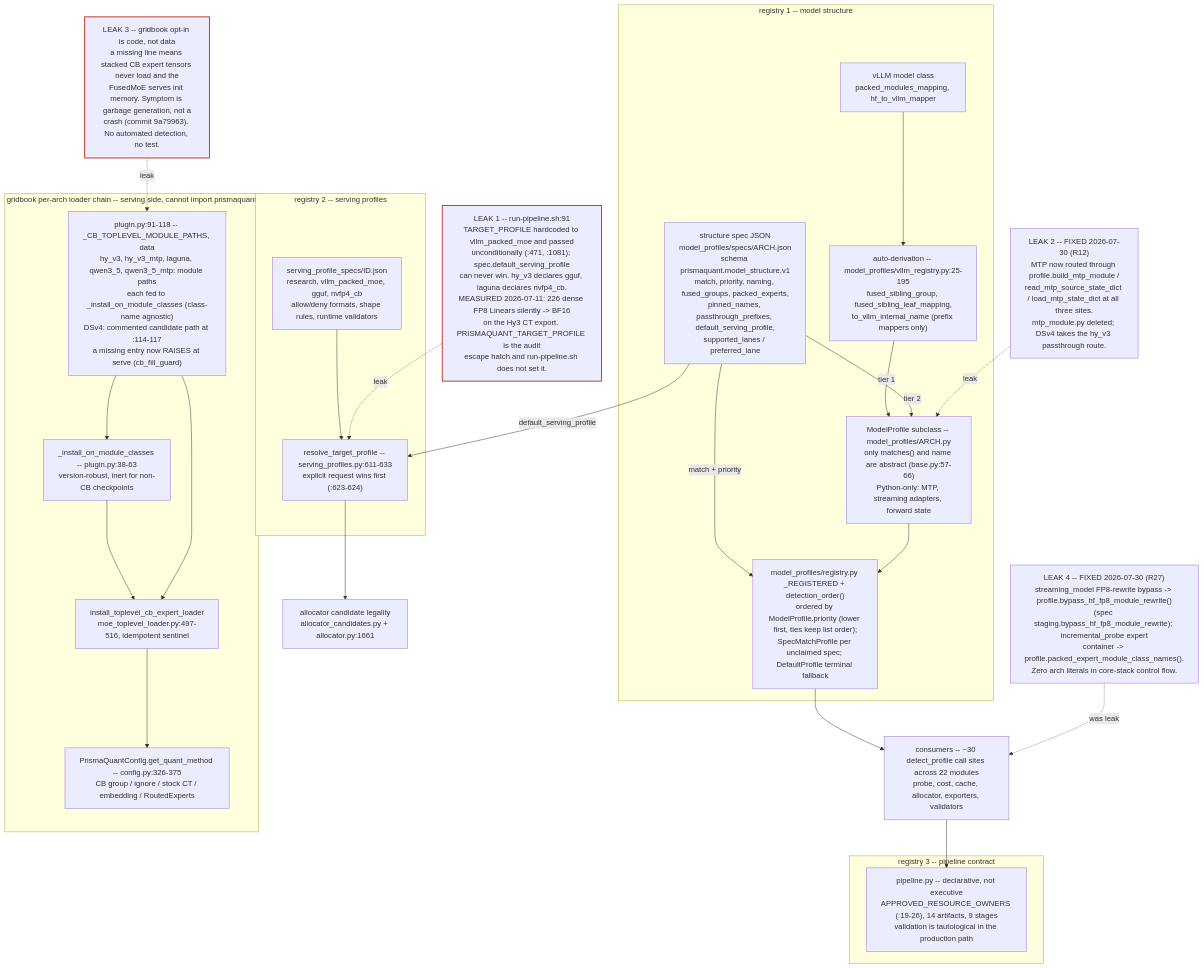
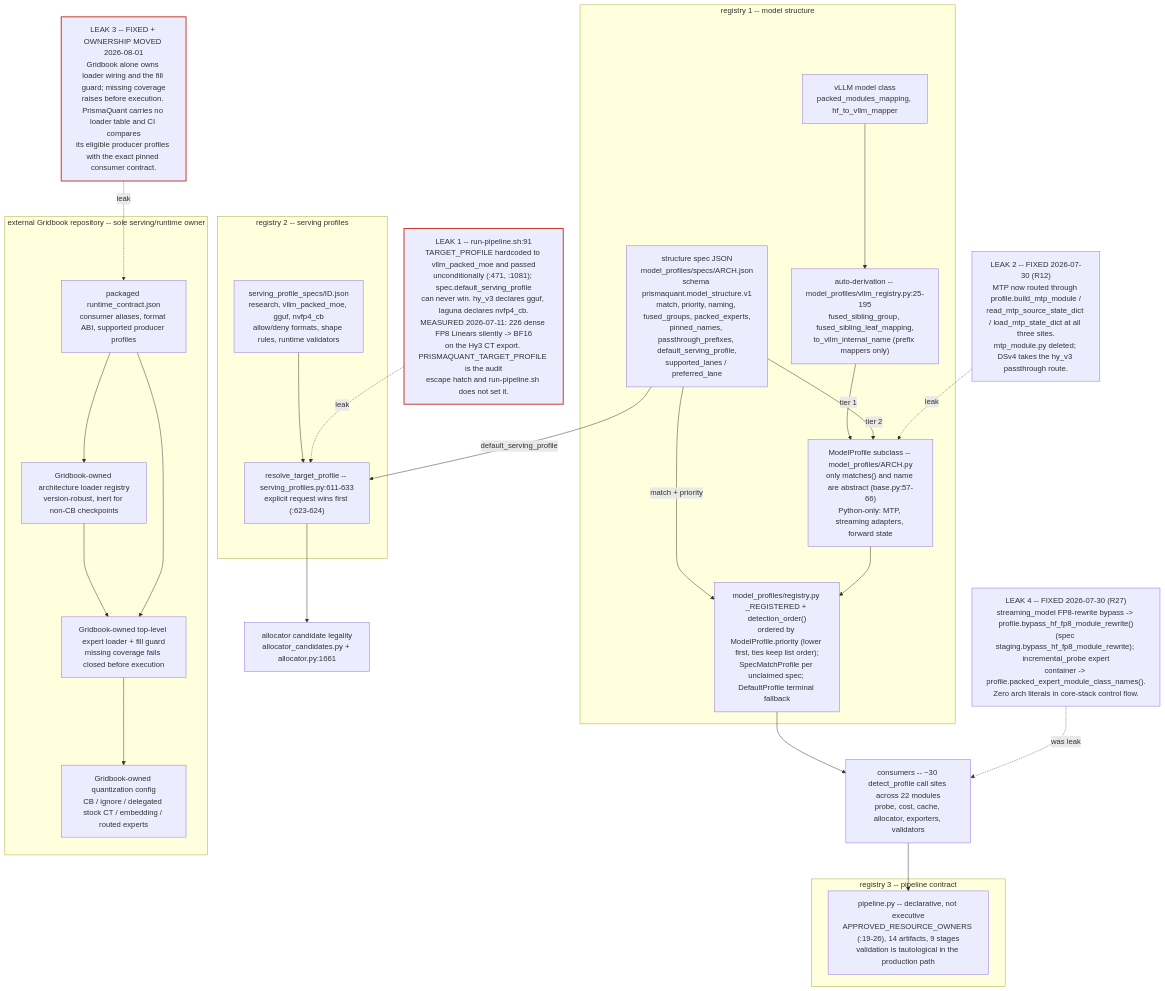
One commit to JeffreyLatter/prismaquant changed the second of 3 diagrams in docs/ARCHITECTURE.md. Above: the diagram before and after it, drawn with Mermaid. The commit also changed other lines of this file and 152 other files, not shown here.

Commit message:
Remove vendored Gridbook and consolidate CB ABI

````diff
--- a/docs/ARCHITECTURE.md
+++ b/docs/ARCHITECTURE.md
@@ -1454,58 +1455,58 @@
 ```mermaid
 flowchart TD
   subgraph R1["registry 1 -- model structure"]
     VLLMCLS["vLLM model class<br/>packed_modules_mapping, hf_to_vllm_mapper"]
     DERIVE["auto-derivation -- model_profiles/vllm_registry.py:25-195<br/>fused_sibling_group, fused_sibling_leaf_mapping,<br/>to_vllm_internal_name (prefix mappers only)"]
     SPEC["structure spec JSON<br/>model_profiles/specs/ARCH.json<br/>schema prismaquant.model_structure.v1<br/>match, priority, naming, fused_groups, packed_experts,<br/>pinned_names, passthrough_prefixes, default_serving_profile,<br/>supported_lanes / preferred_lane"]
     PROF["ModelProfile subclass -- model_profiles/ARCH.py<br/>only matches() and name are abstract (base.py:57-66)<br/>Python-only: MTP, streaming adapters, forward state"]
     REGY["model_profiles/registry.py _REGISTERED + detection_order()<br/>ordered by ModelProfile.priority (lower first, ties keep list order);<br/>SpecMatchProfile per unclaimed spec; DefaultProfile terminal fallback"]
   end
 
   VLLMCLS --> DERIVE
   DERIVE -->|"tier 1"| PROF
   SPEC -->|"tier 2"| PROF
   SPEC -->|"match + priority"| REGY
   PROF --> REGY
 
   CONSUMERS["consumers -- ~30 detect_profile call sites across 22 modules<br/>probe, cost, cache, allocator, exporters, validators"]
   REGY --> CONSUMERS
 
   subgraph R2["registry 2 -- serving profiles"]
     SPROF["serving_profile_specs/ID.json<br/>research, vllm_packed_moe, gguf, nvfp4_cb<br/>allow/deny formats, shape rules, runtime validators"]
     RESOLVE["resolve_target_profile -- serving_profiles.py:611-633<br/>explicit request wins first (:623-624)"]
   end
 
   SPEC -->|"default_serving_profile"| RESOLVE
   SPROF --> RESOLVE
   RESOLVE --> ALLOCGATE["allocator candidate legality<br/>allocator_candidates.py + allocator.py:1661"]
 
   subgraph R3["registry 3 -- pipeline contract"]
     PIPE["pipeline.py -- declarative, not executive<br/>APPROVED_RESOURCE_OWNERS (:19-26), 14 artifacts, 9 stages<br/>validation is tautological in the production path"]
   end
   CONSUMERS --> PIPE
 
-  subgraph GB["gridbook per-arch loader chain -- serving side, cannot import prismaquant"]
-    GBPLUG["plugin.py:91-118 -- _CB_TOPLEVEL_MODULE_PATHS, data<br/>hy_v3, hy_v3_mtp, laguna, qwen3_5, qwen3_5_mtp: module paths<br/>each fed to _install_on_module_classes (class-name agnostic)<br/>DSv4: commented candidate path at :114-117<br/>a missing entry now RAISES at serve (cb_fill_guard)"]
-    GBSCAN["_install_on_module_classes -- plugin.py:38-63<br/>version-robust, inert for non-CB checkpoints"]
-    GBINST["install_toplevel_cb_expert_loader<br/>moe_toplevel_loader.py:497-516, idempotent sentinel"]
-    GBCFG["PrismaQuantConfig.get_quant_method -- config.py:326-375<br/>CB group / ignore / stock CT / embedding / RoutedExperts"]
+  subgraph GB["external Gridbook repository -- sole serving/runtime owner"]
+    GBPLUG["packaged runtime_contract.json<br/>consumer aliases, format ABI, supported producer profiles"]
+    GBSCAN["Gridbook-owned architecture loader registry<br/>version-robust, inert for non-CB checkpoints"]
+    GBINST["Gridbook-owned top-level expert loader + fill guard<br/>missing coverage fails closed before execution"]
+    GBCFG["Gridbook-owned quantization config<br/>CB / ignore / delegated stock CT / embedding / routed experts"]
   end
 
   GBPLUG --> GBSCAN
   GBSCAN --> GBINST
   GBPLUG --> GBINST
   GBINST --> GBCFG
 
   L1["LEAK 1 -- run-pipeline.sh:91<br/>TARGET_PROFILE hardcoded to vllm_packed_moe and passed<br/>unconditionally (:471, :1081); spec.default_serving_profile<br/>can never win. hy_v3 declares gguf, laguna declares nvfp4_cb.<br/>MEASURED 2026-07-11: 226 dense FP8 Linears silently -> BF16<br/>on the Hy3 CT export. PRISMAQUANT_TARGET_PROFILE is the audit<br/>escape hatch and run-pipeline.sh does not set it."]
   L2["LEAK 2 -- FIXED 2026-07-30 (R12)<br/>MTP now routed through profile.build_mtp_module /<br/>read_mtp_source_state_dict / load_mtp_state_dict at all three sites.<br/>mtp_module.py deleted; DSv4 takes the hy_v3 passthrough route."]
-  L3["LEAK 3 -- gridbook opt-in is code, not data<br/>a missing line means stacked CB expert tensors never load and the<br/>FusedMoE serves init memory. Symptom is garbage generation, not a<br/>crash (commit 9a79963). No automated detection, no test."]
+  L3["LEAK 3 -- FIXED + OWNERSHIP MOVED 2026-08-01<br/>Gridbook alone owns loader wiring and the fill guard; missing coverage<br/>raises before execution. PrismaQuant carries no loader table and CI compares<br/>its eligible producer profiles with the exact pinned consumer contract."]
   L4["LEAK 4 -- FIXED 2026-07-30 (R27)<br/>streaming_model FP8-rewrite bypass -> profile.bypass_hf_fp8_module_rewrite()<br/>(spec staging.bypass_hf_fp8_module_rewrite); incremental_probe expert<br/>container -> profile.packed_expert_module_class_names().<br/>Zero arch literals in core-stack control flow."]
 
   L1 -.->|"leak"| RESOLVE
   L2 -.->|"leak"| PROF
   L3 -.->|"leak"| GBPLUG
   L4 -.->|"was leak"| CONSUMERS
 
   classDef leak stroke:#c0392b,stroke-width:2px
   class L1,L3 leak
 ```
````
